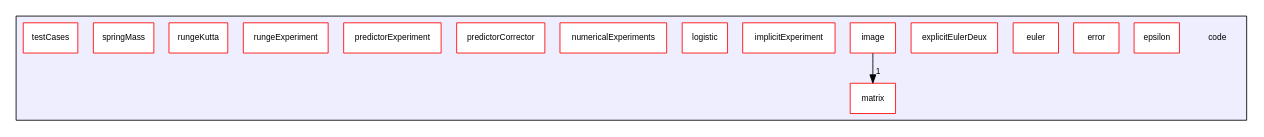
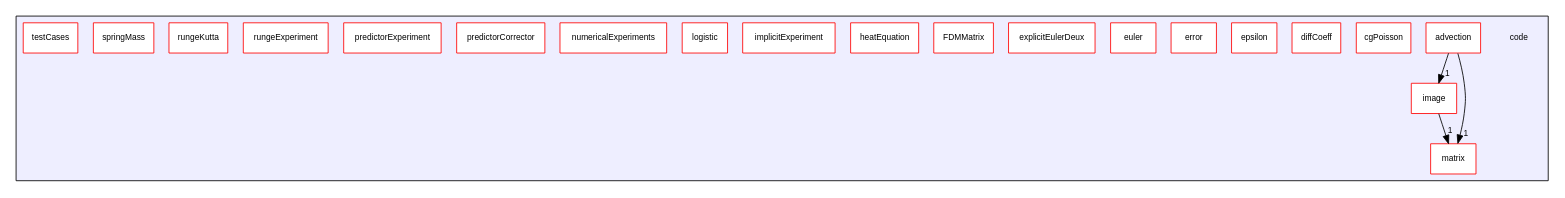
One commit to kylehovey/MATH_5620 changed the diagram in softwareManual/dir_050edd66366d13764f98250ef6db77f6_dep.dot. Above: the diagram before and after it, drawn with Graphviz. The commit also changed 134 other files, not shown here.

```diff
--- a/softwareManual/dir_050edd66366d13764f98250ef6db77f6_dep.dot
+++ b/softwareManual/dir_050edd66366d13764f98250ef6db77f6_dep.dot
@@ -1,25 +1,32 @@
 digraph "code" {
   compound=true
   node [ fontsize="10", fontname="Helvetica"];
   edge [ labelfontsize="10", labelfontname="Helvetica"];
   subgraph clusterdir_050edd66366d13764f98250ef6db77f6 {
     graph [ bgcolor="#eeeeff", pencolor="black", label="" URL="dir_050edd66366d13764f98250ef6db77f6.html"];
     dir_050edd66366d13764f98250ef6db77f6 [shape=plaintext label="code"];
+    dir_8bfd98f5c9c41d5d8227f4a333312a4a [shape=box label="advection" color="red" fillcolor="white" style="filled" URL="dir_8bfd98f5c9c41d5d8227f4a333312a4a.html"];
+    dir_5cecb22444d26a4d44419ca1b2c0f2f5 [shape=box label="cgPoisson" color="red" fillcolor="white" style="filled" URL="dir_5cecb22444d26a4d44419ca1b2c0f2f5.html"];
+    dir_6cdcb91a59bfe975bc50c8974bdced30 [shape=box label="diffCoeff" color="red" fillcolor="white" style="filled" URL="dir_6cdcb91a59bfe975bc50c8974bdced30.html"];
     dir_9d247c8ab4564ca29379f75a3deca5ef [shape=box label="epsilon" color="red" fillcolor="white" style="filled" URL="dir_9d247c8ab4564ca29379f75a3deca5ef.html"];
     dir_2209eac7ecc8a514a37290408d540b7b [shape=box label="error" color="red" fillcolor="white" style="filled" URL="dir_2209eac7ecc8a514a37290408d540b7b.html"];
     dir_02b9a6e4994eab4de9e3a47942b85eb9 [shape=box label="euler" color="red" fillcolor="white" style="filled" URL="dir_02b9a6e4994eab4de9e3a47942b85eb9.html"];
     dir_aa6045d1ac100e7010fa3f9a9eeba050 [shape=box label="explicitEulerDeux" color="red" fillcolor="white" style="filled" URL="dir_aa6045d1ac100e7010fa3f9a9eeba050.html"];
+    dir_a7f1f8dccf39e19aa9ef72585fb5cb7c [shape=box label="FDMMatrix" color="red" fillcolor="white" style="filled" URL="dir_a7f1f8dccf39e19aa9ef72585fb5cb7c.html"];
+    dir_f9daa077c0ad09464b1cdb83b44e7a42 [shape=box label="heatEquation" color="red" fillcolor="white" style="filled" URL="dir_f9daa077c0ad09464b1cdb83b44e7a42.html"];
     dir_cc740b9b0c6dc91b723fcd6d0bf4df80 [shape=box label="image" color="red" fillcolor="white" style="filled" URL="dir_cc740b9b0c6dc91b723fcd6d0bf4df80.html"];
     dir_233bf35a6f7e9357e0aacb74ffbda447 [shape=box label="implicitExperiment" color="red" fillcolor="white" style="filled" URL="dir_233bf35a6f7e9357e0aacb74ffbda447.html"];
     dir_d665b49bfc9060f5de6df8752b9fa11c [shape=box label="logistic" color="red" fillcolor="white" style="filled" URL="dir_d665b49bfc9060f5de6df8752b9fa11c.html"];
     dir_da090391cf0fbcf770011b51df795fc9 [shape=box label="matrix" color="red" fillcolor="white" style="filled" URL="dir_da090391cf0fbcf770011b51df795fc9.html"];
     dir_4602c0f4bf361f434cc51843f4ff12fb [shape=box label="numericalExperiments" color="red" fillcolor="white" style="filled" URL="dir_4602c0f4bf361f434cc51843f4ff12fb.html"];
     dir_b73ba9e06b44a2a390cea51d9e5bbee5 [shape=box label="predictorCorrector" color="red" fillcolor="white" style="filled" URL="dir_b73ba9e06b44a2a390cea51d9e5bbee5.html"];
     dir_ab16bc1482f8d1dfbdb4d4086b16a6c3 [shape=box label="predictorExperiment" color="red" fillcolor="white" style="filled" URL="dir_ab16bc1482f8d1dfbdb4d4086b16a6c3.html"];
     dir_9fd8255fd21b8b5030246a13fd562769 [shape=box label="rungeExperiment" color="red" fillcolor="white" style="filled" URL="dir_9fd8255fd21b8b5030246a13fd562769.html"];
     dir_bbb0f7be7aeec318d4a26695e82b5615 [shape=box label="rungeKutta" color="red" fillcolor="white" style="filled" URL="dir_bbb0f7be7aeec318d4a26695e82b5615.html"];
     dir_6ef61ca4f2c6bcd9f8d4ff1876e28a37 [shape=box label="springMass" color="red" fillcolor="white" style="filled" URL="dir_6ef61ca4f2c6bcd9f8d4ff1876e28a37.html"];
     dir_1d9830a2f0dcb4d055e15109f88476a5 [shape=box label="testCases" color="red" fillcolor="white" style="filled" URL="dir_1d9830a2f0dcb4d055e15109f88476a5.html"];
   }
-  dir_cc740b9b0c6dc91b723fcd6d0bf4df80->dir_da090391cf0fbcf770011b51df795fc9 [headlabel="1", labeldistance=1.5 headhref="dir_000026_000032.html"];
+  dir_cc740b9b0c6dc91b723fcd6d0bf4df80->dir_da090391cf0fbcf770011b51df795fc9 [headlabel="1", labeldistance=1.5 headhref="dir_000044_000049.html"];
+  dir_8bfd98f5c9c41d5d8227f4a333312a4a->dir_da090391cf0fbcf770011b51df795fc9 [headlabel="1", labeldistance=1.5 headhref="dir_000004_000049.html"];
+  dir_8bfd98f5c9c41d5d8227f4a333312a4a->dir_cc740b9b0c6dc91b723fcd6d0bf4df80 [headlabel="1", labeldistance=1.5 headhref="dir_000004_000044.html"];
 }
```
